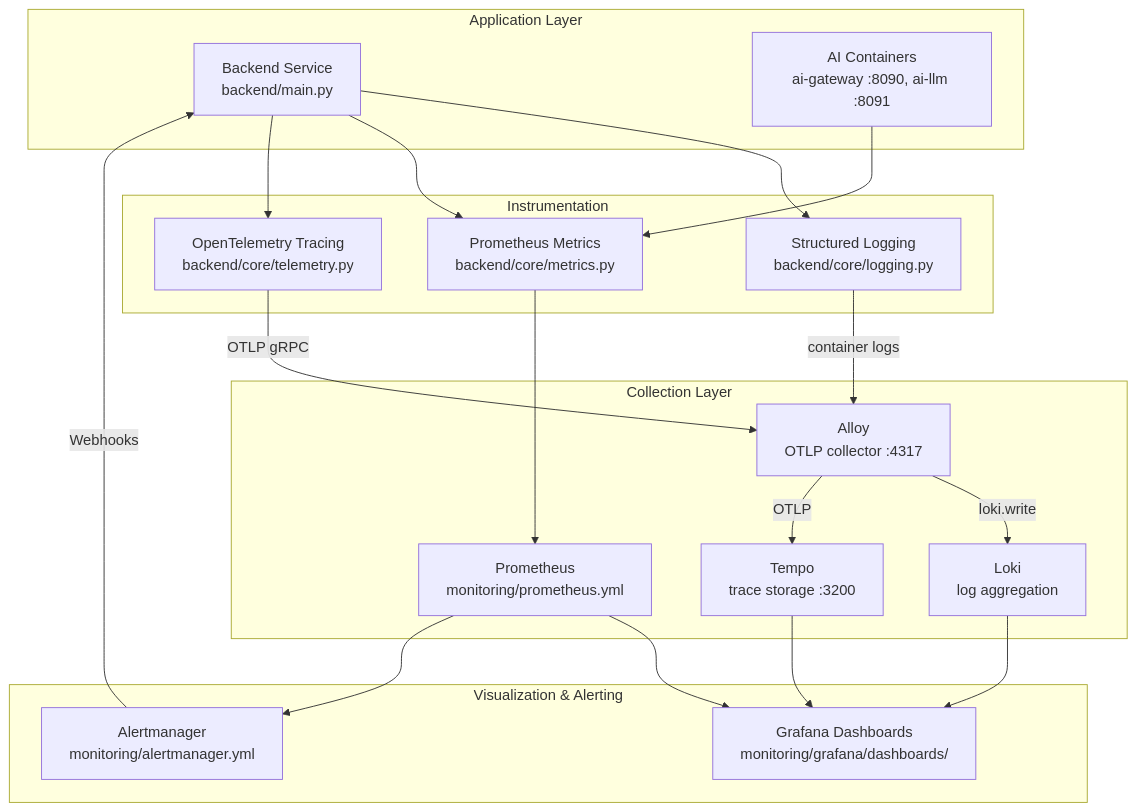
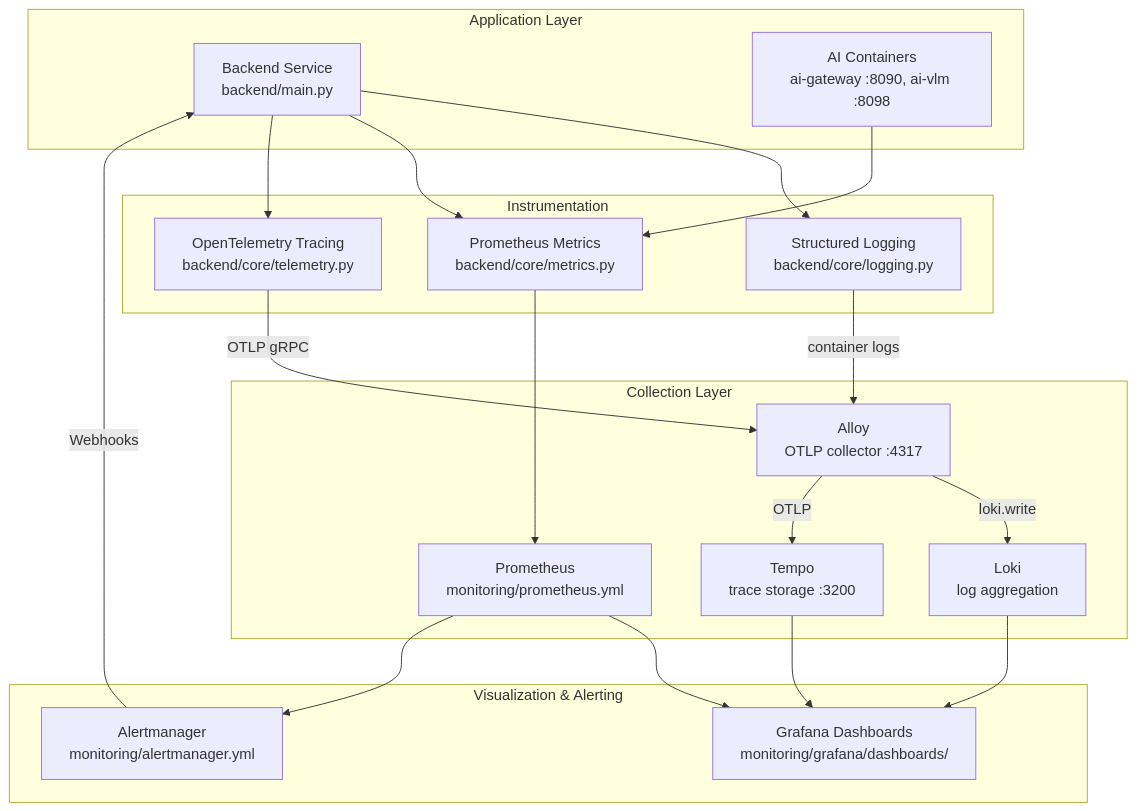
The first of 2 diagrams in docs/architecture/observability/README.md (mikesvoboda/nemotron-v3-home-security-intelligence), drawn with Mermaid before and after one commit. The commit also changed other lines of this file and 6 other files, not shown here.

First line of the commit message:
docs(architecture): re-pin seven pages to the shipped ai-vlm topology

````diff
--- a/docs/architecture/observability/README.md
+++ b/docs/architecture/observability/README.md
@@ -29,43 +29,43 @@
 ```mermaid
 graph TD
     subgraph "Application Layer"
         BE[Backend Service<br/>backend/main.py]
-        AI[AI Containers<br/>ai-gateway :8090, ai-llm :8091]
+        AI[AI Containers<br/>ai-gateway :8090, ai-vlm :8098]
     end
 
     subgraph "Instrumentation"
         LOG[Structured Logging<br/>backend/core/logging.py]
         MET[Prometheus Metrics<br/>backend/core/metrics.py]
         TRC[OpenTelemetry Tracing<br/>backend/core/telemetry.py]
     end
 
     subgraph "Collection Layer"
         PROM[Prometheus<br/>monitoring/prometheus.yml]
         LOKI[Loki<br/>log aggregation]
         ALLOY[Alloy<br/>OTLP collector :4317]
         TEMPO[Tempo<br/>trace storage :3200]
     end
 
     subgraph "Visualization & Alerting"
         GRAF[Grafana Dashboards<br/>monitoring/grafana/dashboards/]
         AM[Alertmanager<br/>monitoring/alertmanager.yml]
     end
 
     BE --> LOG
     BE --> MET
     BE --> TRC
     AI --> MET
 
     LOG --> |container logs| ALLOY
     ALLOY --> |loki.write| LOKI
     MET --> PROM
     TRC --> |OTLP gRPC| ALLOY
     ALLOY --> |OTLP| TEMPO
 
     PROM --> GRAF
     LOKI --> GRAF
     TEMPO --> GRAF
     PROM --> AM
 
     AM --> |Webhooks| BE
 ```
````
